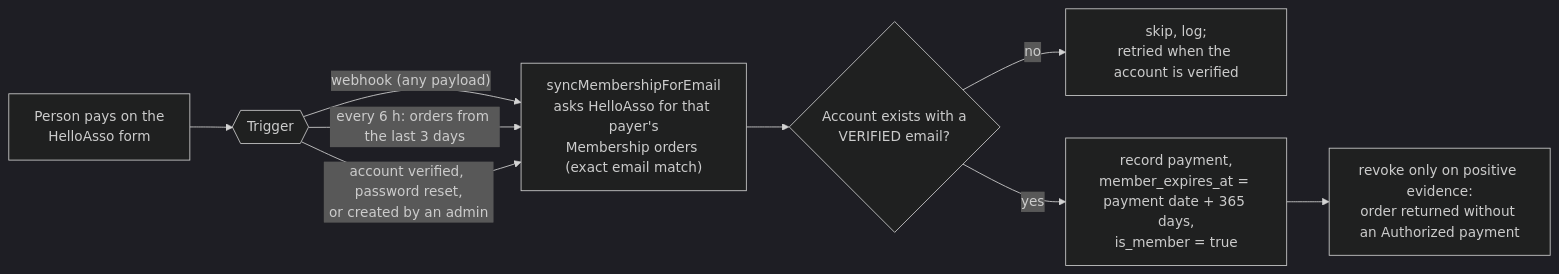
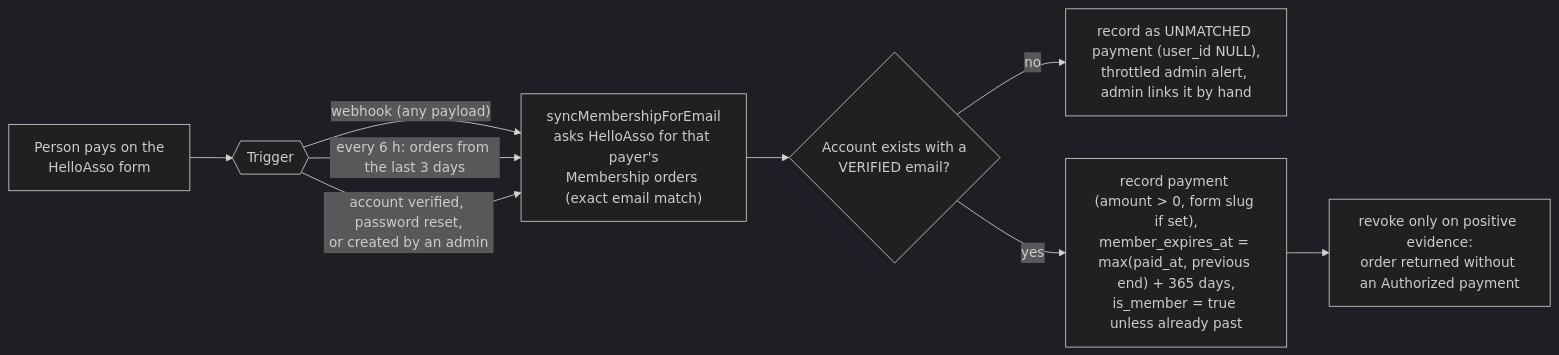
Before and after one commit to umasbooksadmin/umasbookswebsite: the tenth of 15 diagrams in docs/architecture.md, drawn with Mermaid (dark theme). The commit also changed other lines of this file and 55 other files, not shown here.

````diff
--- a/docs/architecture.md
+++ b/docs/architecture.md
@@ -662,12 +695,12 @@
 ```mermaid
 flowchart LR
   P["Person pays on the<br/>HelloAsso form"] --> T{{"Trigger"}}
   T -- "webhook (any payload)" --> S
   T -- "every 6 h: orders from the last 3 days" --> S
   T -- "account verified, password reset,<br/>or created by an admin" --> S
   S["syncMembershipForEmail<br/>asks HelloAsso for that payer's<br/>Membership orders (exact email match)"]
   S --> V{"Account exists with a<br/>VERIFIED email?"}
-  V -- no --> W["skip, log;<br/>retried when the account is verified"]
-  V -- yes --> R["record payment,<br/>member_expires_at = payment date + 365 days,<br/>is_member = true"]
+  V -- no --> W["record as UNMATCHED payment (user_id NULL),<br/>throttled admin alert, admin links it by hand"]
+  V -- yes --> R["record payment (amount &gt; 0, form slug if set),<br/>member_expires_at = max(paid_at, previous end) + 365 days,<br/>is_member = true unless already past"]
   R --> X["revoke only on positive evidence:<br/>order returned without an Authorized payment"]
 ```
````
